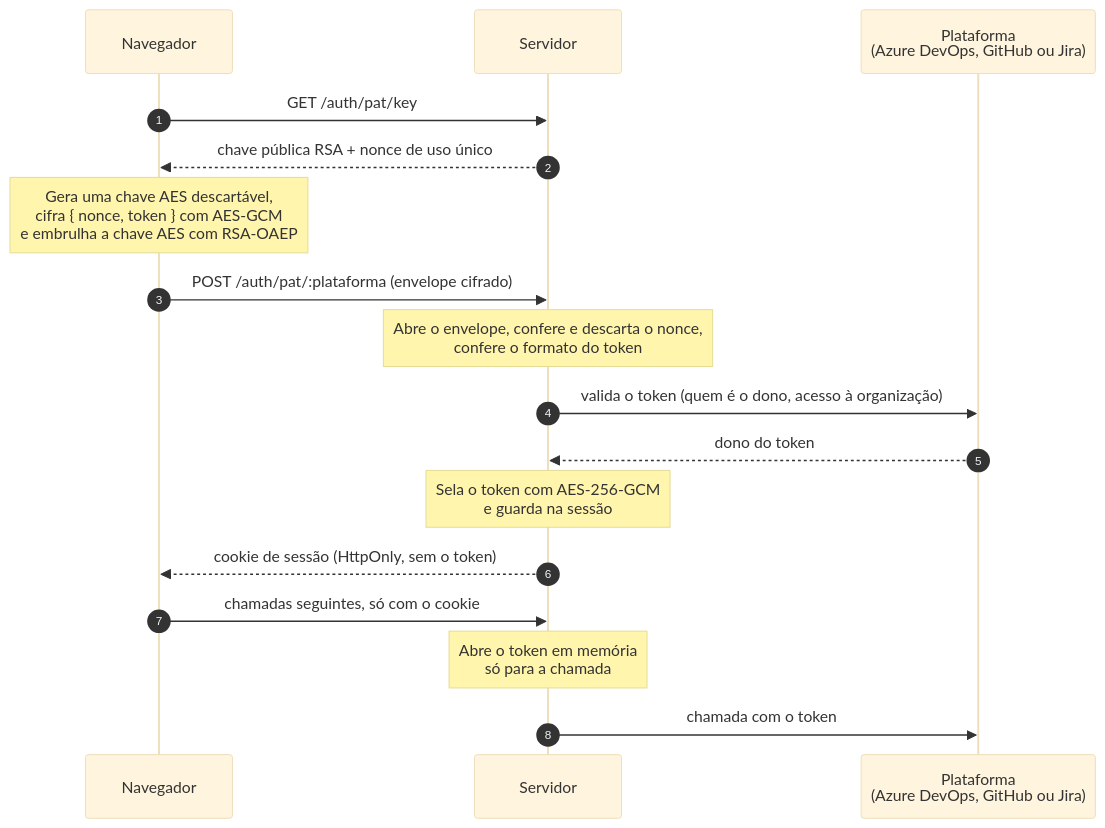
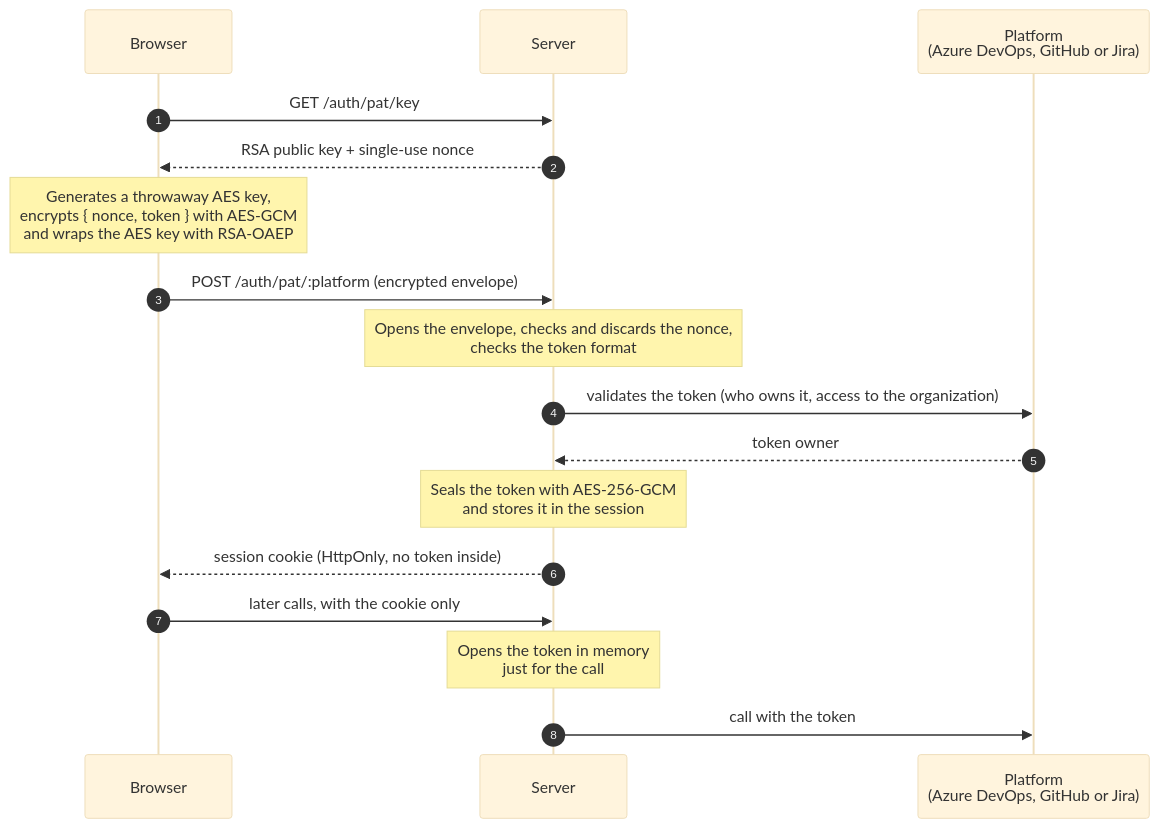
Before and after one commit to fullmetalpedro/release-management: the first of 2 diagrams in README.md, drawn with Mermaid (base theme). The commit also changed other lines of this file and 11 other files, not shown here.

````diff
--- a/README.md
+++ b/README.md
@@ -82,20 +82,20 @@
 ```mermaid
 sequenceDiagram
     autonumber
-    participant N as Navegador
-    participant S as Servidor
-    participant P as Plataforma<br/>(Azure DevOps, GitHub ou Jira)
+    participant B as Browser
+    participant S as Server
+    participant P as Platform<br/>(Azure DevOps, GitHub or Jira)
 
-    N->>S: GET /auth/pat/key
-    S-->>N: chave pública RSA + nonce de uso único
-    Note over N: Gera uma chave AES descartável,<br/>cifra { nonce, token } com AES-GCM<br/>e embrulha a chave AES com RSA-OAEP
-    N->>S: POST /auth/pat/:plataforma (envelope cifrado)
-    Note over S: Abre o envelope, confere e descarta o nonce,<br/>confere o formato do token
-    S->>P: valida o token (quem é o dono, acesso à organização)
-    P-->>S: dono do token
-    Note over S: Sela o token com AES-256-GCM<br/>e guarda na sessão
-    S-->>N: cookie de sessão (HttpOnly, sem o token)
-    N->>S: chamadas seguintes, só com o cookie
-    Note over S: Abre o token em memória<br/>só para a chamada
-    S->>P: chamada com o token
+    B->>S: GET /auth/pat/key
+    S-->>B: RSA public key + single-use nonce
+    Note over B: Generates a throwaway AES key,<br/>encrypts { nonce, token } with AES-GCM<br/>and wraps the AES key with RSA-OAEP
+    B->>S: POST /auth/pat/:platform (encrypted envelope)
+    Note over S: Opens the envelope, checks and discards the nonce,<br/>checks the token format
+    S->>P: validates the token (who owns it, access to the organization)
+    P-->>S: token owner
+    Note over S: Seals the token with AES-256-GCM<br/>and stores it in the session
+    S-->>B: session cookie (HttpOnly, no token inside)
+    B->>S: later calls, with the cookie only
+    Note over S: Opens the token in memory<br/>just for the call
+    S->>P: call with the token
 ```
````
